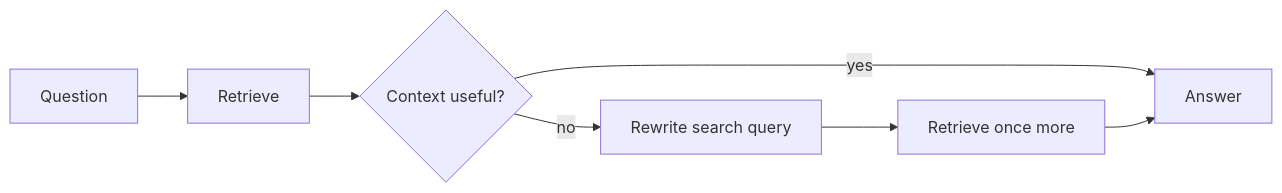
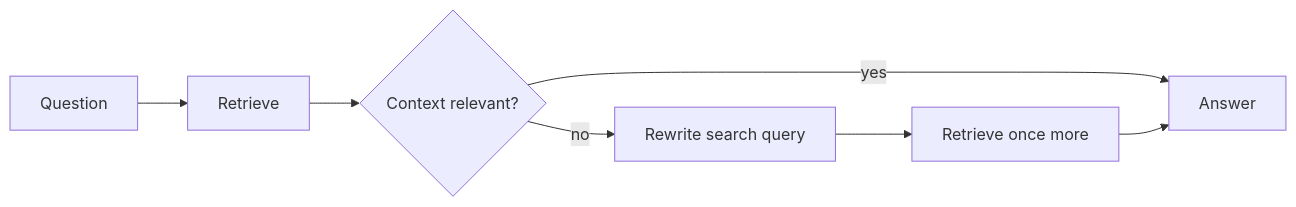
The second of 2 diagrams in README.md (alifarzadjamali/document-rag-pipeline), drawn with Mermaid before and after one commit. The commit also changed other lines of this file and 2 other files, not shown here.

````diff
--- a/README.md
+++ b/README.md
@@ -46,9 +46,9 @@
 ```mermaid
 flowchart LR
     Q[Question] --> R[Retrieve]
-    R --> J{Context useful?}
+    R --> J{Context relevant?}
     J -- yes --> A[Answer]
     J -- no --> W[Rewrite search query]
     W --> R2[Retrieve once more]
     R2 --> A
 ```
````
